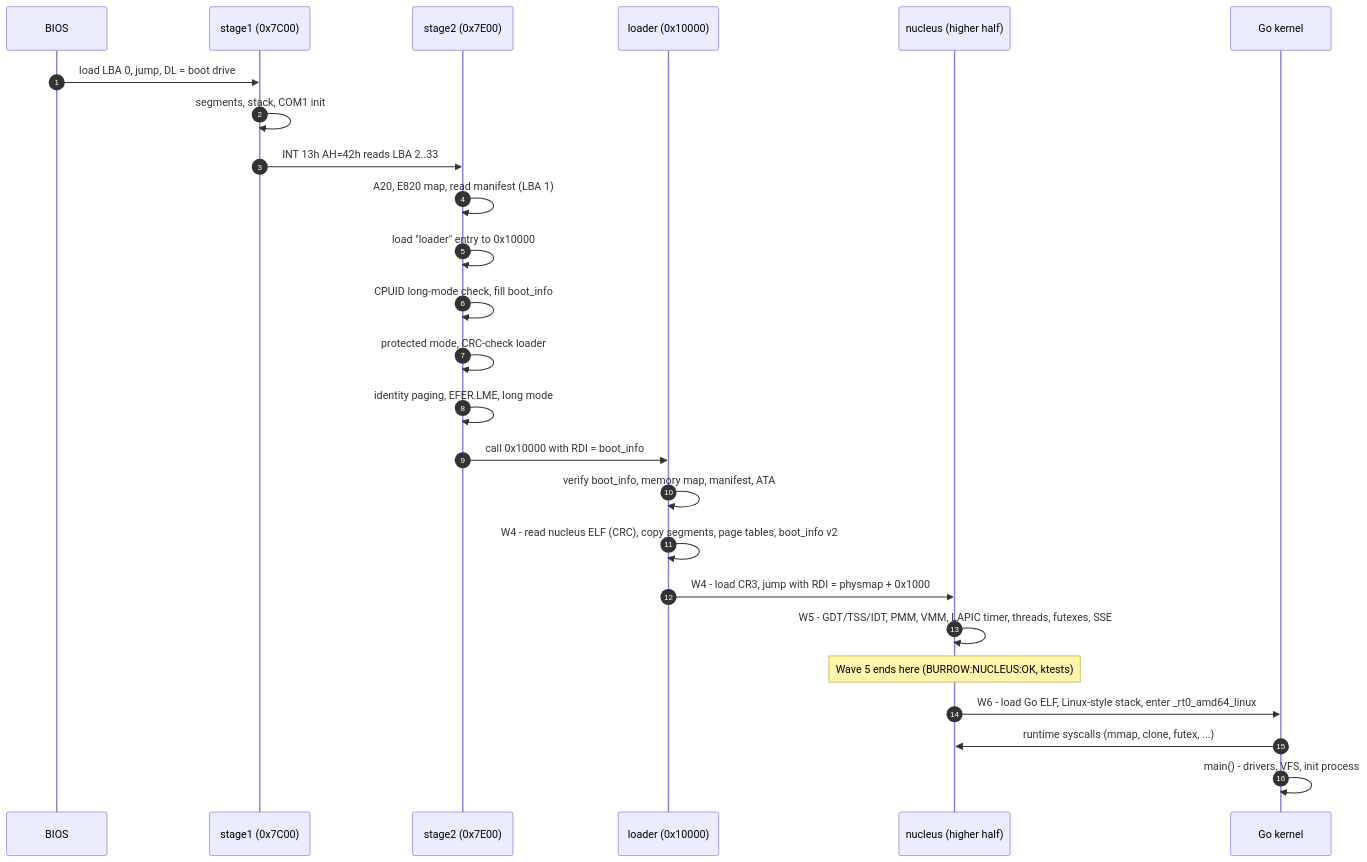
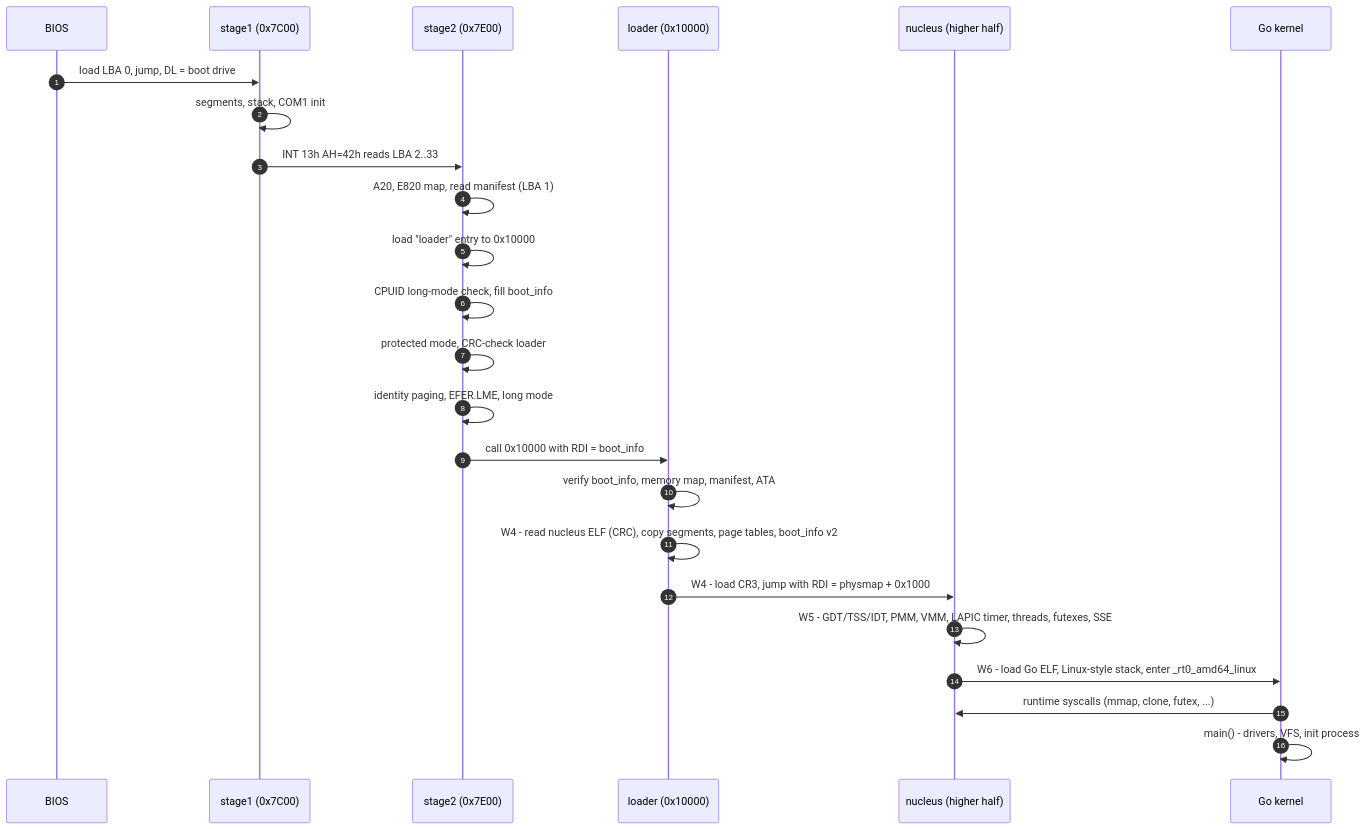
One commit to decagondev/burrow changed the second of 10 diagrams in docs/02-architecture/ARCHITECTURE.md. Above: the diagram before and after it, drawn with Mermaid. The commit also changed 7 other files, not shown here.

````diff
--- a/docs/02-architecture/ARCHITECTURE.md
+++ b/docs/02-architecture/ARCHITECTURE.md
@@ -68,27 +68,26 @@
 ```mermaid
 sequenceDiagram
     autonumber
     participant BIOS
     participant S1 as stage1 (0x7C00)
     participant S2 as stage2 (0x7E00)
     participant L as loader (0x10000)
     participant N as nucleus (higher half)
     participant G as Go kernel
     BIOS->>S1: load LBA 0, jump, DL = boot drive
     S1->>S1: segments, stack, COM1 init
     S1->>S2: INT 13h AH=42h reads LBA 2..33
     S2->>S2: A20, E820 map, read manifest (LBA 1)
     S2->>S2: load "loader" entry to 0x10000
     S2->>S2: CPUID long-mode check, fill boot_info
     S2->>S2: protected mode, CRC-check loader
     S2->>S2: identity paging, EFER.LME, long mode
     S2->>L: call 0x10000 with RDI = boot_info
     L->>L: verify boot_info, memory map, manifest, ATA
     L->>L: W4 - read nucleus ELF (CRC), copy segments, page tables, boot_info v2
     L->>N: W4 - load CR3, jump with RDI = physmap + 0x1000
     N->>N: W5 - GDT/TSS/IDT, PMM, VMM, LAPIC timer, threads, futexes, SSE
-    Note over N: Wave 5 ends here (BURROW:NUCLEUS:OK, ktests)
     N->>G: W6 - load Go ELF, Linux-style stack, enter _rt0_amd64_linux
     G->>N: runtime syscalls (mmap, clone, futex, ...)
     G->>G: main() - drivers, VFS, init process
 ```
````
